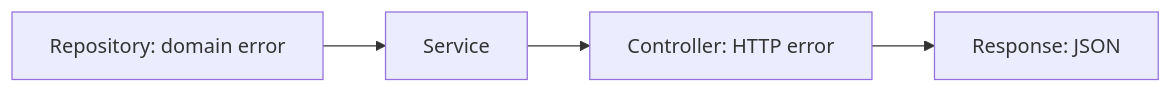
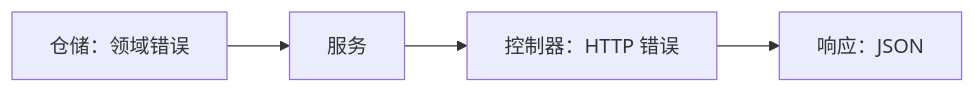
The diagram in docs/zh-Hans/learn/tutorial/7-error-handling.md (NARUBROWN/spine-site), drawn with Mermaid before and after one commit. The commit also changed other lines of this file and 158 other files, not shown here.

````diff
--- a/docs/zh-Hans/learn/tutorial/7-error-handling.md
+++ b/docs/zh-Hans/learn/tutorial/7-error-handling.md
@@ -108,6 +114,6 @@
 ```mermaid
 flowchart LR
-    Repository["Repository: domain error"] --> Service["Service"]
-    Service --> Controller["Controller: HTTP error"]
-    Controller --> Response["Response: JSON"]
+    Repository["仓储：领域错误"] --> Service["服务"]
+    Service --> Controller["控制器：HTTP 错误"]
+    Controller --> Response["响应：JSON"]
 ```
````
